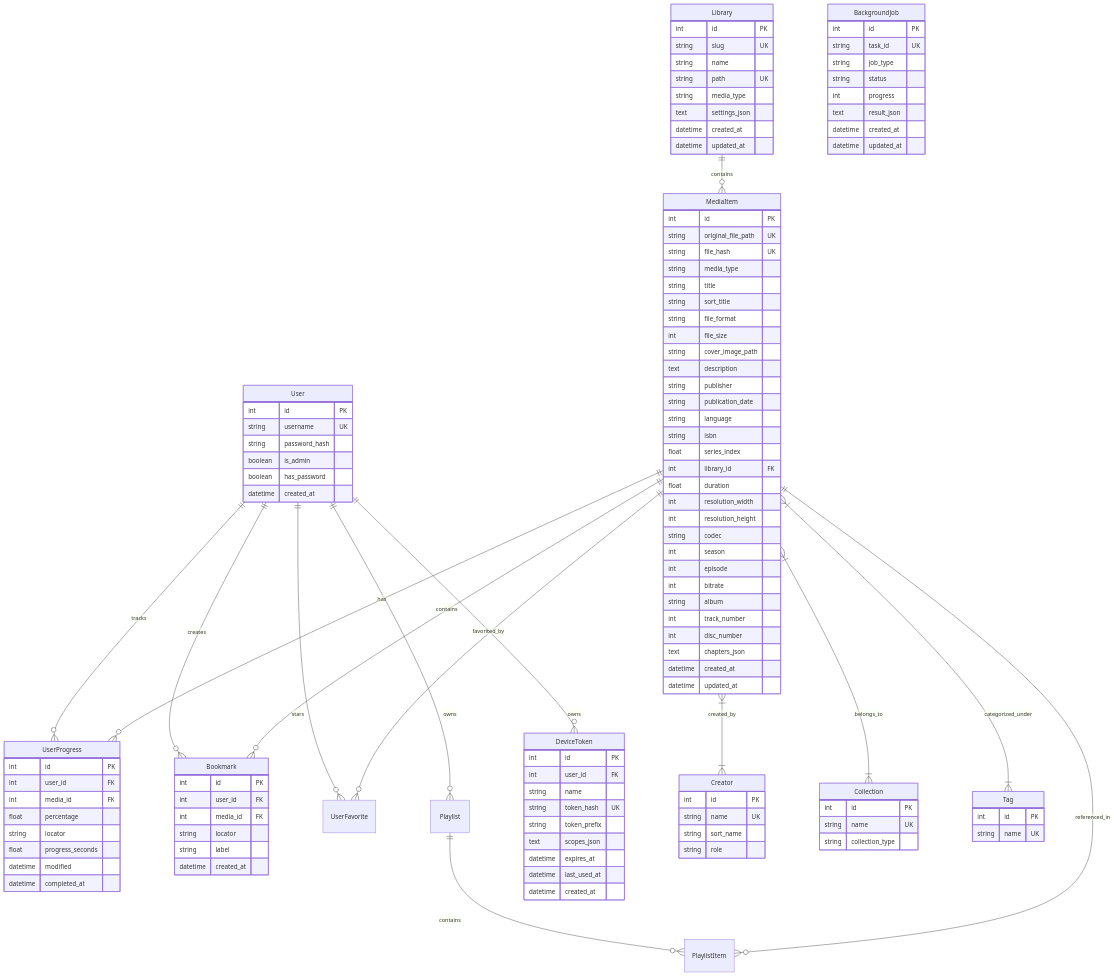
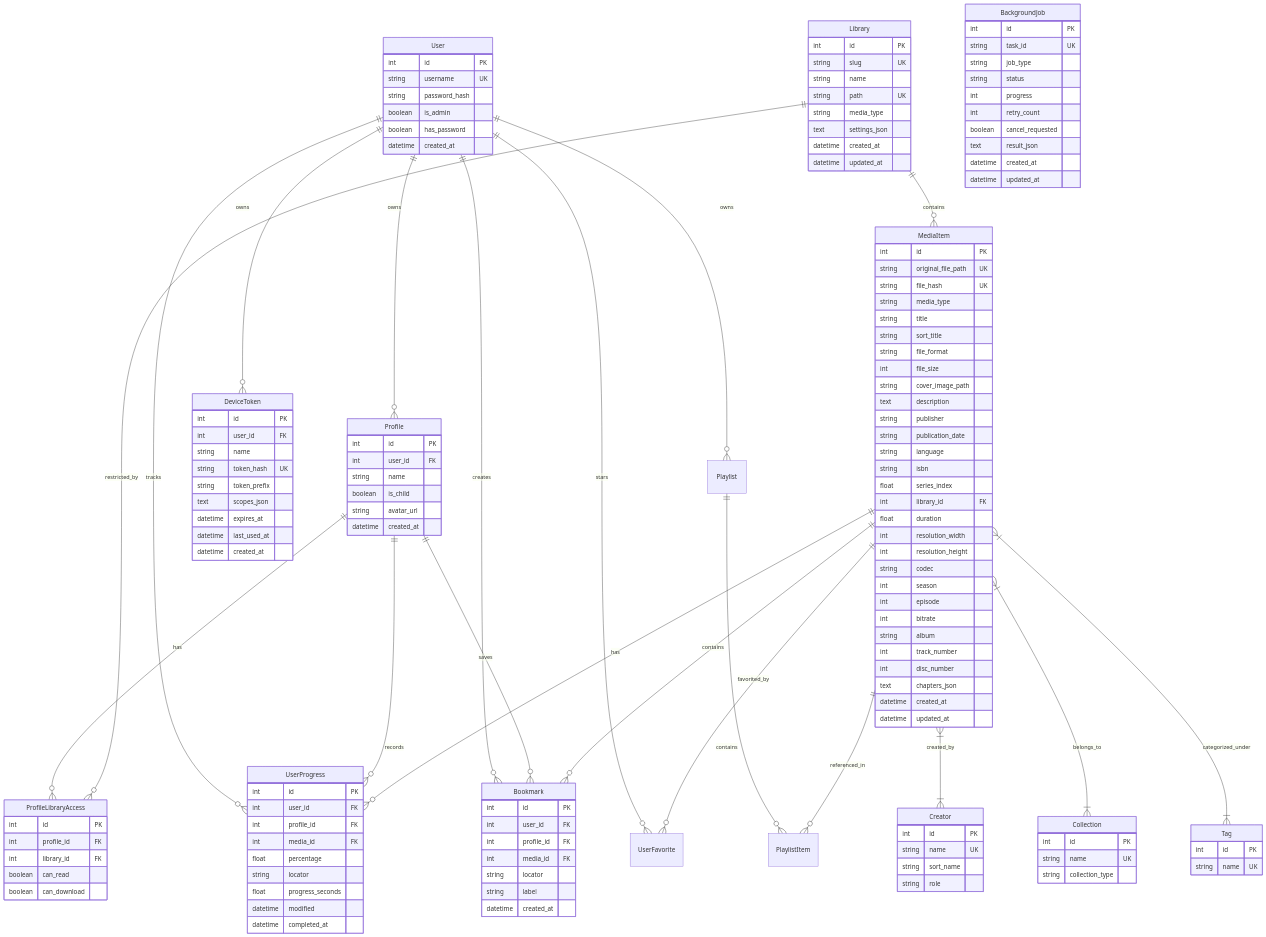
One commit to syfq91/aarkib changed the fourth of 4 diagrams in ARCHITECTURE.md. Above: the diagram before and after it, drawn with Mermaid. The commit also changed other lines of this file and 3 other files, not shown here.

Commit message:
docs: synchronize architecture specifications, AGENTS.md, and roadmap

````diff
--- a/ARCHITECTURE.md
+++ b/ARCHITECTURE.md
@@ -484,10 +563,15 @@
 ```mermaid
 erDiagram
+    User ||--o{ Profile : "owns"
     User ||--o{ UserProgress : "tracks"
     User ||--o{ Bookmark : "creates"
     User ||--o{ UserFavorite : "stars"
     User ||--o{ Playlist : "owns"
     User ||--o{ DeviceToken : "owns"
+    Profile ||--o{ ProfileLibraryAccess : "has"
+    Library ||--o{ ProfileLibraryAccess : "restricted_by"
+    Profile ||--o{ UserProgress : "records"
+    Profile ||--o{ Bookmark : "saves"
     Playlist ||--o{ PlaylistItem : "contains"
     MediaItem ||--o{ PlaylistItem : "referenced_in"
     MediaItem ||--o{ UserProgress : "has"
@@ -516,6 +600,23 @@
         boolean is_admin
         boolean has_password
         datetime created_at
+    }
+
+    Profile {
+        int id PK
+        int user_id FK
+        string name
+        boolean is_child
+        string avatar_url
+        datetime created_at
+    }
+
+    ProfileLibraryAccess {
+        int id PK
+        int profile_id FK
+        int library_id FK
+        boolean can_read
+        boolean can_download
     }
 
     MediaItem {
@@ -571,6 +672,7 @@
     UserProgress {
         int id PK
         int user_id FK
+        int profile_id FK
         int media_id FK
         float percentage
         string locator
@@ -582,6 +684,7 @@
     Bookmark {
         int id PK
         int user_id FK
+        int profile_id FK
         int media_id FK
         string locator
         string label
@@ -594,6 +697,8 @@
         string job_type
         string status
         int progress
+        int retry_count
+        boolean cancel_requested
         text result_json
         datetime created_at
         datetime updated_at
````
